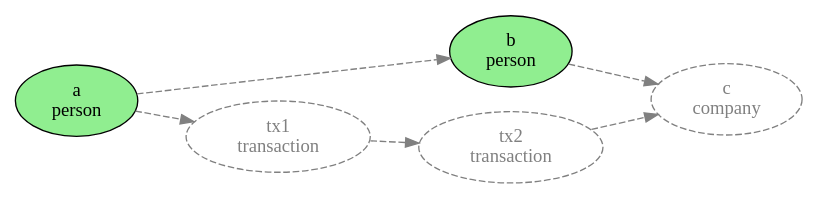
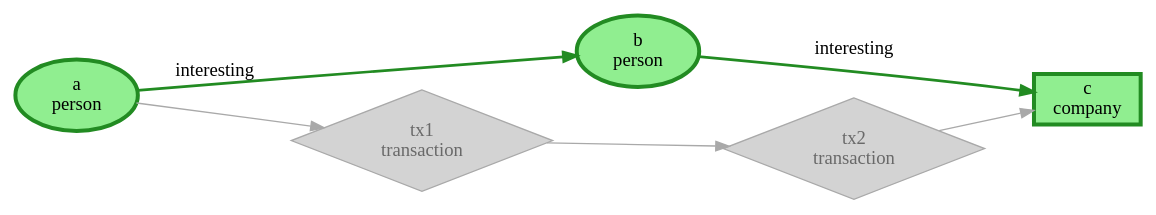
The third of 7 diagrams in docs/source/gfql/about.rst (graphistry/pygraphistry), drawn with Graphviz before and after one commit. The commit also changed other lines of this file, not shown here.

First line of the commit message:
docs(gfql): improve diagram styling with bold fills and hex colors

```diff
--- a/docs/source/gfql/about.rst
+++ b/docs/source/gfql/about.rst
@@ -117,18 +156,18 @@
 .. graphviz::
 
-   digraph filter_nodes {
+   digraph two_hop {
        rankdir=LR;
        node [shape=ellipse];
 
-       a [label="a\nperson", style=filled, fillcolor=lightgreen];
-       b [label="b\nperson", style=filled, fillcolor=lightgreen];
-       c [label="c\ncompany", style=dashed, color=gray, fontcolor=gray];
-       tx1 [label="tx1\ntransaction", style=dashed, color=gray, fontcolor=gray];
-       tx2 [label="tx2\ntransaction", style=dashed, color=gray, fontcolor=gray];
+       a [label="a\nperson", style="filled,bold", fillcolor="#90EE90", penwidth=3, color="#228B22"];
+       b [label="b\nperson", style="filled,bold", fillcolor="#90EE90", penwidth=3, color="#228B22"];
+       c [label="c\ncompany", shape=box, style="filled,bold", fillcolor="#90EE90", penwidth=3, color="#228B22"];
+       tx1 [label="tx1\ntransaction", shape=diamond, style=filled, fillcolor="#D3D3D3", color="#A9A9A9", fontcolor="#696969"];
+       tx2 [label="tx2\ntransaction", shape=diamond, style=filled, fillcolor="#D3D3D3", color="#A9A9A9", fontcolor="#696969"];
 
-       a -> b [style=dashed, color=gray];
-       b -> c [style=dashed, color=gray];
-       a -> tx1 [style=dashed, color=gray];
-       tx1 -> tx2 [style=dashed, color=gray];
-       tx2 -> c [style=dashed, color=gray];
+       a -> b [label="interesting", style=bold, color="#228B22", penwidth=2];
+       b -> c [label="interesting", style=bold, color="#228B22", penwidth=2];
+       a -> tx1 [color="#A9A9A9"];
+       tx1 -> tx2 [color="#A9A9A9"];
+       tx2 -> c [color="#A9A9A9"];
    }
```
